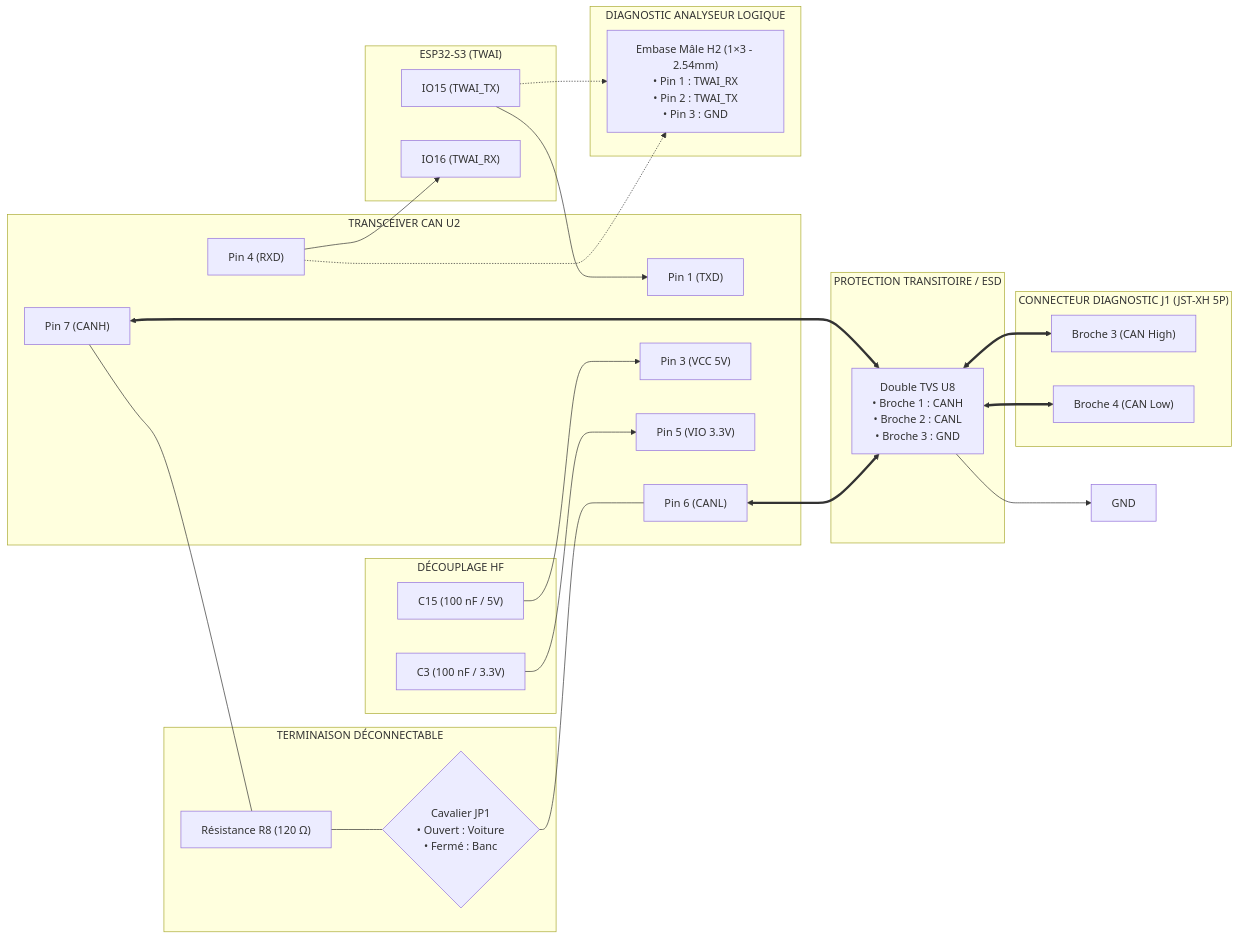
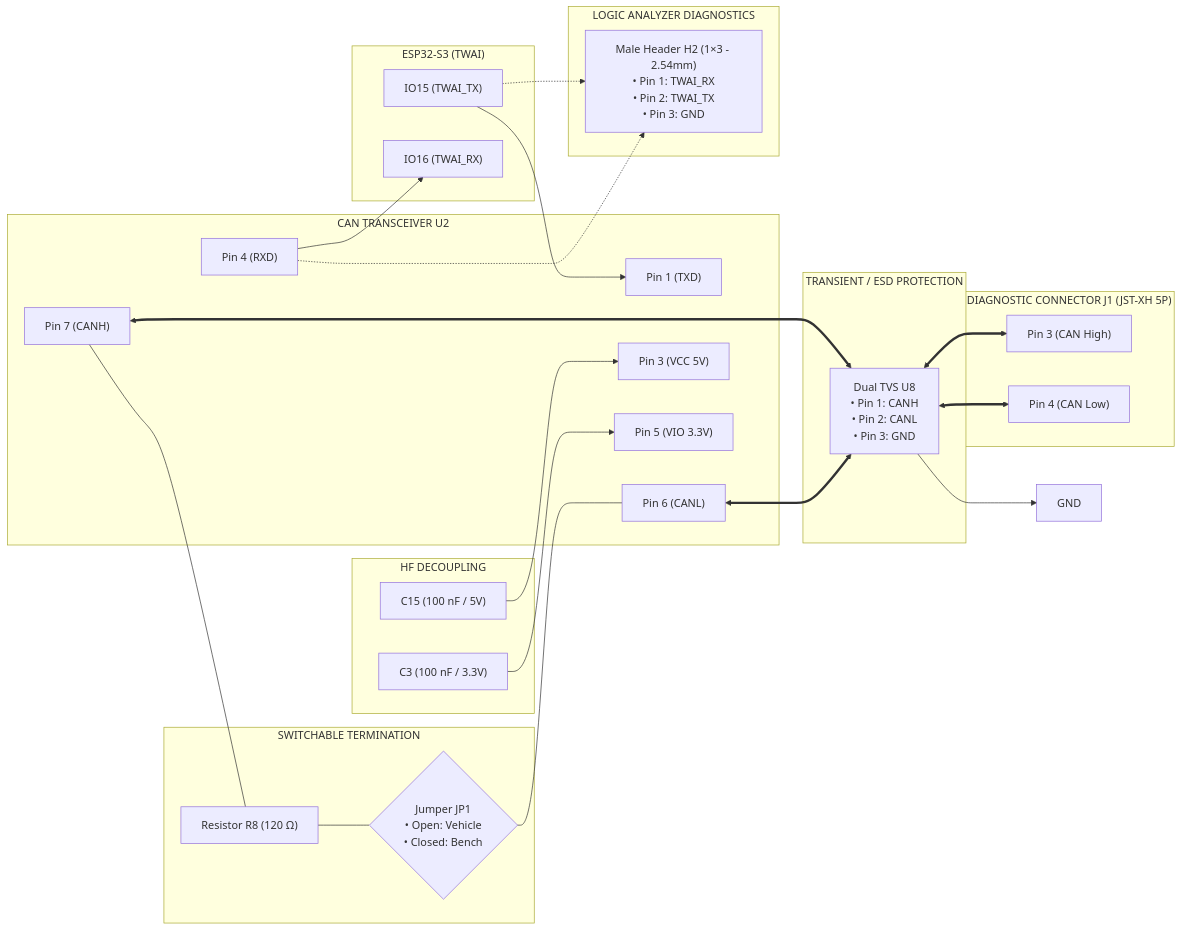
The sixth of 13 diagrams in documents/hardware.md (nitrogene/OBD2), drawn with Mermaid before and after one commit. The commit also changed other lines of this file and 20 other files, not shown here.

````diff
--- a/documents/hardware.md
+++ b/documents/hardware.md
@@ -284,69 +324,77 @@
 ```mermaid
 %%{init: {
   'themeVariables': {
     'fontFamily': 'Consolas, "Courier New", monospace',
     'fontSize': '12px'
   },
   'flowchart': {
     'curve': 'stepBefore',
     'nodeSpacing': 20,
     'rankSpacing': 30
   }
 }}%%
 flowchart LR
     subgraph MCU["ESP32-S3 (TWAI)"]
         TXD["IO15 (TWAI_TX)"]
         RXD["IO16 (TWAI_RX)"]
     end
 
-    subgraph CAN_IC["TRANSCEIVER CAN U2"]
+    subgraph CAN_IC["CAN TRANSCEIVER U2"]
         PIN_TX["Pin 1 (TXD)"]
         PIN_RX["Pin 4 (RXD)"]
         PIN_CANH["Pin 7 (CANH)"]
         PIN_CANL["Pin 6 (CANL)"]
         PIN_VCC["Pin 3 (VCC 5V)"]
         PIN_VIO["Pin 5 (VIO 3.3V)"]
     end
 
-    subgraph DECOUP_CAN["DÉCOUPLAGE HF"]
+    subgraph DECOUP_CAN["HF DECOUPLING"]
         C15["C15 (100 nF / 5V)"]
         C3["C3 (100 nF / 3.3V)"]
     end
 
-    subgraph DIAG_CAN["DIAGNOSTIC ANALYSEUR LOGIQUE"]
-        H2["Embase Mâle H2 (1×3 - 2.54mm)\n• Pin 1 : TWAI_RX\n• Pin 2 : TWAI_TX\n• Pin 3 : GND"]
+    subgraph DIAG_CAN["LOGIC ANALYZER DIAGNOSTICS"]
+        H2["Male Header H2 (1×3 - 2.54mm)
+• Pin 1: TWAI_RX
+• Pin 2: TWAI_TX
+• Pin 3: GND"]
     end
 
-    subgraph TERM["TERMINAISON DÉCONNECTABLE"]
-        R8["Résistance R8 (120 Ω)"]
-        JP1{"Cavalier JP1\n• Ouvert : Voiture\n• Fermé : Banc"}
+    subgraph TERM["SWITCHABLE TERMINATION"]
+        R8["Resistor R8 (120 Ω)"]
+        JP1{"Jumper JP1
+• Open: Vehicle
+• Closed: Bench"}
     end
 
-    subgraph PROT_CAN["PROTECTION TRANSITOIRE / ESD"]
-        U8["Double TVS U8\n• Broche 1 : CANH\n• Broche 2 : CANL\n• Broche 3 : GND"]
+    subgraph PROT_CAN["TRANSIENT / ESD PROTECTION"]
+        U8["Dual TVS U8
+• Pin 1: CANH
+• Pin 2: CANL
+• Pin 3: GND"]
     end
 
-    subgraph J1_CONN["CONNECTEUR DIAGNOSTIC J1 (JST-XH 5P)"]
-        PIN3_CONN["Broche 3 (CAN High)"]
-        PIN4_CONN["Broche 4 (CAN Low)"]
+    subgraph J1_CONN["DIAGNOSTIC CONNECTOR J1 (JST-XH 5P)"]
+        PIN3_CONN["Pin 3 (CAN High)"]
+        PIN4_CONN["Pin 4 (CAN Low)"]
     end
 
     TXD --> PIN_TX
     PIN_RX --> RXD
     PIN_RX -.-> H2
     TXD -.-> H2
 
     C15 --> PIN_VCC
     C3 --> PIN_VIO
 
     PIN_CANH --- R8
     R8 --- JP1
     JP1 --- PIN_CANL
 
     PIN_CANH <==> U8
     PIN_CANL <==> U8
     U8 --> GND_CAN["GND"]
 
     U8 <==> PIN3_CONN
     U8 <==> PIN4_CONN
 ```
````
